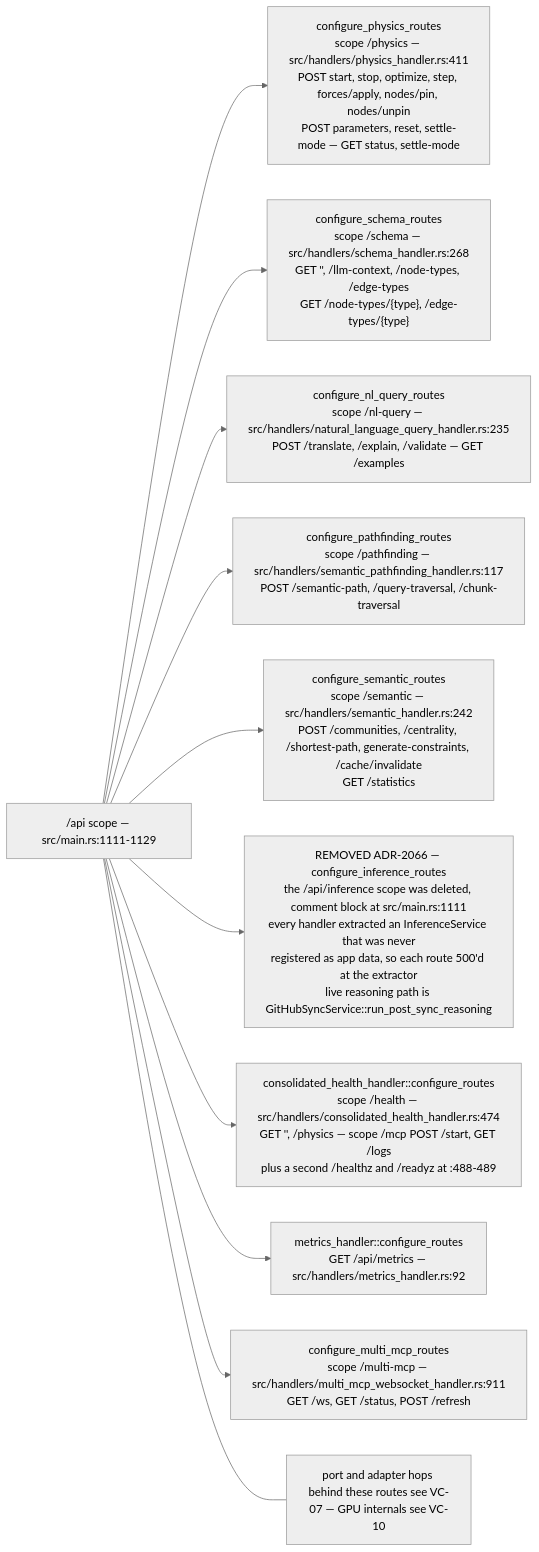
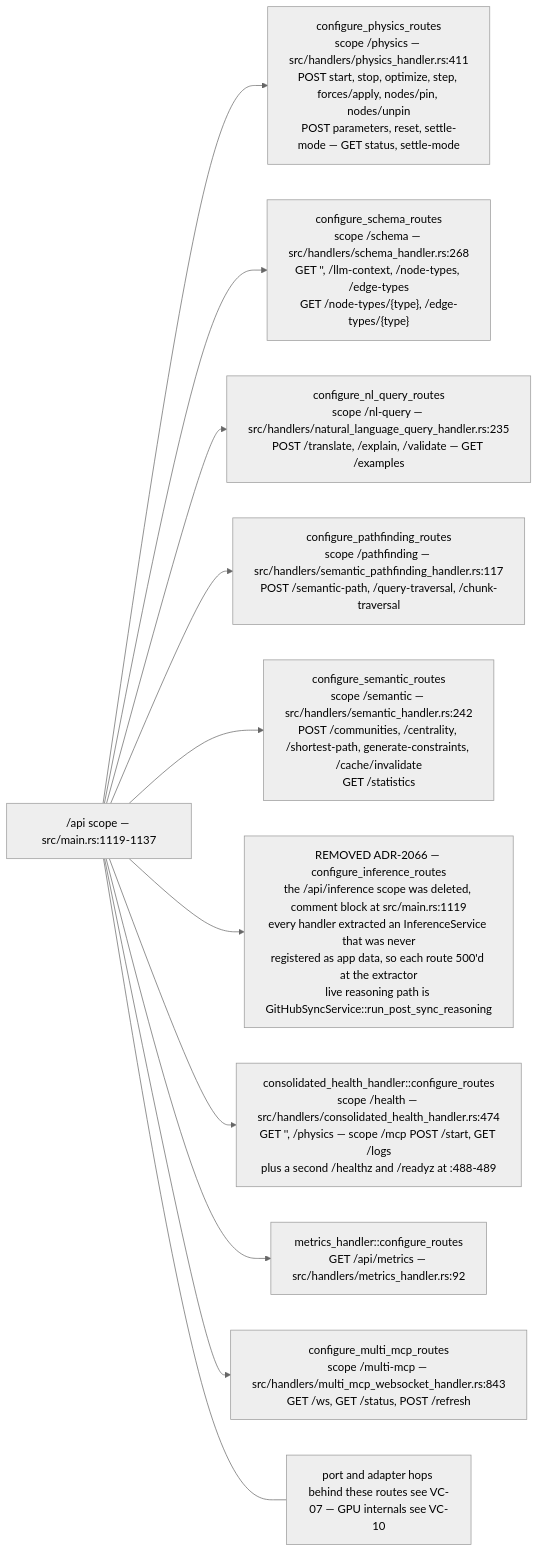
One commit to DreamLab-AI/VisionFlow changed the tenth of 13 diagrams in docs/diagrams/visionclaw/01-boot-and-app-state.md. Above: the diagram before and after it, drawn with Mermaid (neutral theme). The commit also changed other lines of this file and 4 other files, not shown here.

Commit message:
docs(diagrams): visionclaw 01 and 04 after the graph_state_handler removal

````diff
--- a/docs/diagrams/visionclaw/01-boot-and-app-state.md
+++ b/docs/diagrams/visionclaw/01-boot-and-app-state.md
@@ -409,15 +409,15 @@
 ```mermaid
 flowchart LR
-    S["/api scope — src/main.rs:1111-1129"]
+    S["/api scope — src/main.rs:1119-1137"]
     S --> P["configure_physics_routes<br/>scope /physics — src/handlers/physics_handler.rs:411<br/>POST start, stop, optimize, step, forces/apply, nodes/pin, nodes/unpin<br/>POST parameters, reset, settle-mode — GET status, settle-mode"]
     S --> SC["configure_schema_routes<br/>scope /schema — src/handlers/schema_handler.rs:268<br/>GET '', /llm-context, /node-types, /edge-types<br/>GET /node-types/{type}, /edge-types/{type}"]
     S --> NL["configure_nl_query_routes<br/>scope /nl-query — src/handlers/natural_language_query_handler.rs:235<br/>POST /translate, /explain, /validate — GET /examples"]
     S --> PF["configure_pathfinding_routes<br/>scope /pathfinding — src/handlers/semantic_pathfinding_handler.rs:117<br/>POST /semantic-path, /query-traversal, /chunk-traversal"]
     S --> SM["configure_semantic_routes<br/>scope /semantic — src/handlers/semantic_handler.rs:242<br/>POST /communities, /centrality, /shortest-path, generate-constraints, /cache/invalidate<br/>GET /statistics"]
-    S --> IN["REMOVED ADR-2066 — configure_inference_routes<br/>the /api/inference scope was deleted, comment block at src/main.rs:1111<br/>every handler extracted an InferenceService that was never<br/>registered as app data, so each route 500'd at the extractor<br/>live reasoning path is GitHubSyncService::run_post_sync_reasoning"]
+    S --> IN["REMOVED ADR-2066 — configure_inference_routes<br/>the /api/inference scope was deleted, comment block at src/main.rs:1119<br/>every handler extracted an InferenceService that was never<br/>registered as app data, so each route 500'd at the extractor<br/>live reasoning path is GitHubSyncService::run_post_sync_reasoning"]
     S --> HE["consolidated_health_handler::configure_routes<br/>scope /health — src/handlers/consolidated_health_handler.rs:474<br/>GET '', /physics — scope /mcp POST /start, GET /logs<br/>plus a second /healthz and /readyz at :488-489"]
     S --> ME["metrics_handler::configure_routes<br/>GET /api/metrics — src/handlers/metrics_handler.rs:92"]
-    S --> MM["configure_multi_mcp_routes<br/>scope /multi-mcp — src/handlers/multi_mcp_websocket_handler.rs:911<br/>GET /ws, GET /status, POST /refresh"]
+    S --> MM["configure_multi_mcp_routes<br/>scope /multi-mcp — src/handlers/multi_mcp_websocket_handler.rs:843<br/>GET /ws, GET /status, POST /refresh"]
     N["port and adapter hops behind these routes see VC-07 — GPU internals see VC-10"]
     S --- N
 ```
````
